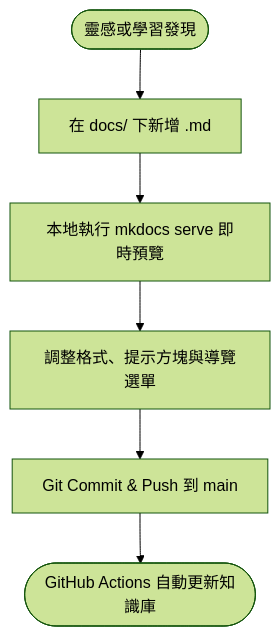
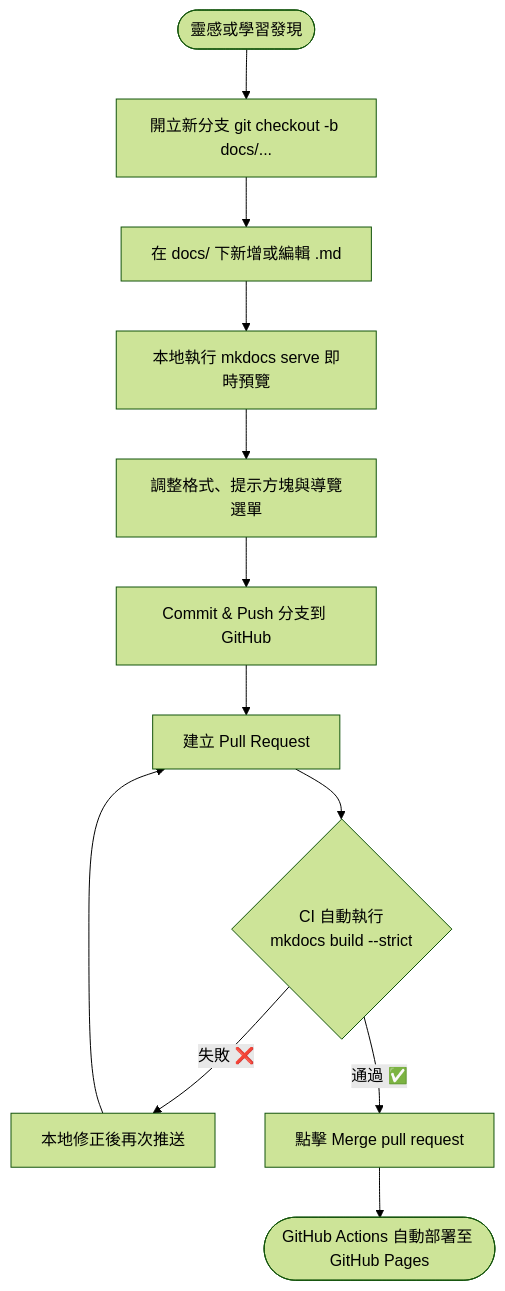
One commit to windcoldchen/windcold-kb changed the diagram in docs/notes/workflow.md. Above: the diagram before and after it, drawn with Mermaid (forest theme). The commit also changed other lines of this file and 3 other files, not shown here.

````diff
--- a/docs/notes/workflow.md
+++ b/docs/notes/workflow.md
@@ -9,8 +9,14 @@
 ```mermaid
 flowchart TD
-    Idea([靈感或學習發現]) --> Draft[在 docs/ 下新增 .md]
+    Idea([靈感或學習發現]) --> Branch[開立新分支 git checkout -b docs/...]
+    Branch --> Draft[在 docs/ 下新增或編輯 .md]
     Draft --> Local[本地執行 mkdocs serve 即時預覽]
     Local --> Polish[調整格式、提示方塊與導覽選單]
-    Polish --> Commit[Git Commit & Push 到 main]
-    Commit --> Done([GitHub Actions 自動更新知識庫])
+    Polish --> Push[Commit & Push 分支到 GitHub]
+    Push --> PR[建立 Pull Request]
+    PR --> CI{CI 自動執行<br/>mkdocs build --strict}
+    CI -->|失敗 ❌| Fix[本地修正後再次推送]
+    Fix --> PR
+    CI -->|通過 ✅| Merge[點擊 Merge pull request]
+    Merge --> Deploy([GitHub Actions 自動部署至 GitHub Pages])
 ```
````
